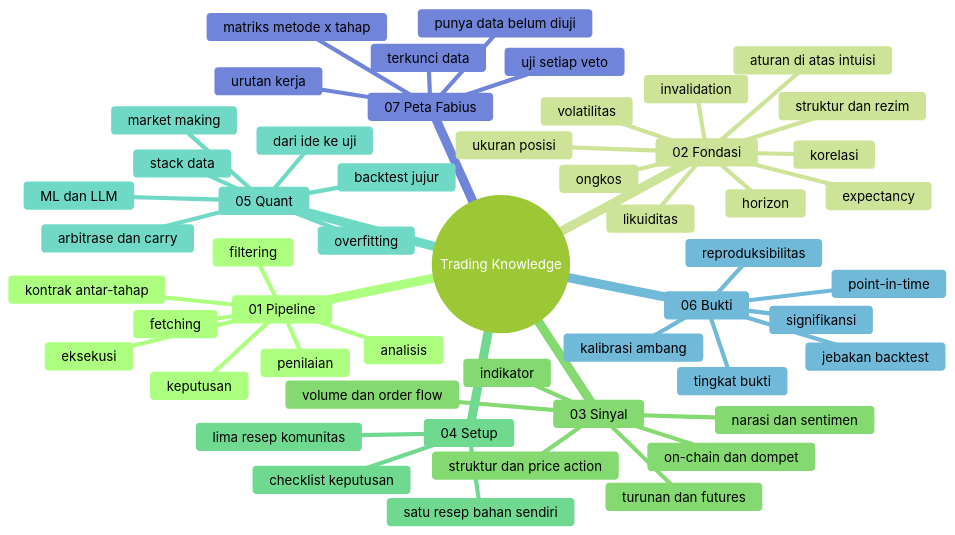
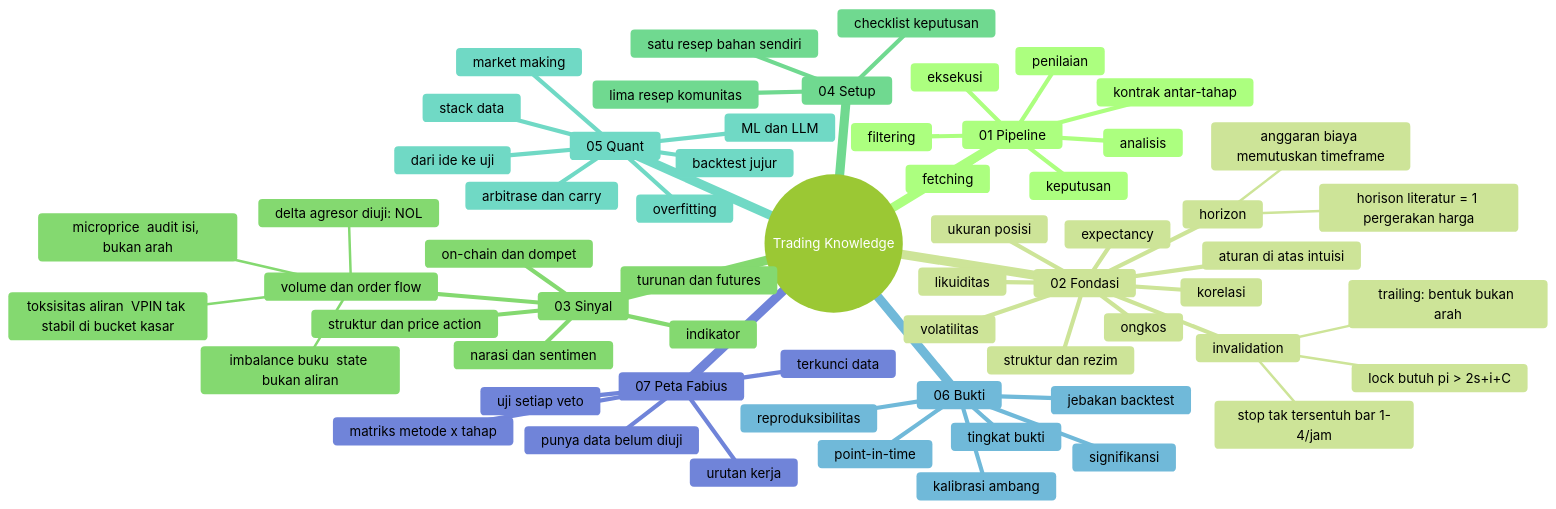
The diagram in vault/TradingKnowledge/00 - Hub Trading Knowledge.md (Shenhan01-sys/Fabius), drawn with Mermaid (forest theme) before and after one commit. The commit also changed 11 other files, not shown here.

````diff
--- a/vault/TradingKnowledge/00 - Hub Trading Knowledge.md
+++ b/vault/TradingKnowledge/00 - Hub Trading Knowledge.md
@@ -20,55 +20,64 @@
 ```mermaid
 mindmap
   root((Trading Knowledge))
     01 Pipeline
       fetching
       filtering
       analisis
       keputusan
       eksekusi
       penilaian
       kontrak antar-tahap
     02 Fondasi
       struktur dan rezim
       likuiditas
       ongkos
       expectancy
       ukuran posisi
       invalidation
+        trailing: bentuk bukan arah
+        lock butuh pi > 2s+i+C
+        stop tak tersentuh bar 1-4/jam
       volatilitas
       horizon
+        horison literatur = 1 pergerakan harga
+        anggaran biaya memutuskan timeframe
       korelasi
       aturan di atas intuisi
     03 Sinyal
       struktur dan price action
       indikator
       volume dan order flow
+        delta agresor  diuji: NOL
+        imbalance buku  state bukan aliran
+        microprice  audit isi, bukan arah
+        toksisitas aliran  VPIN tak stabil di bucket kasar
       turunan dan futures
       on-chain dan dompet
       narasi dan sentimen
     04 Setup
       lima resep komunitas
       satu resep bahan sendiri
       checklist keputusan
     05 Quant
       dari ide ke uji
       backtest jujur
       overfitting
       arbitrase dan carry
       market making
       ML dan LLM
       stack data
     06 Bukti
       tingkat bukti
       jebakan backtest
       signifikansi
       point-in-time
       reproduksibilitas
       kalibrasi ambang
     07 Peta Fabius
       matriks metode x tahap
       uji setiap veto
       punya data belum diuji
       terkunci data
       urutan kerja
 ```
````
